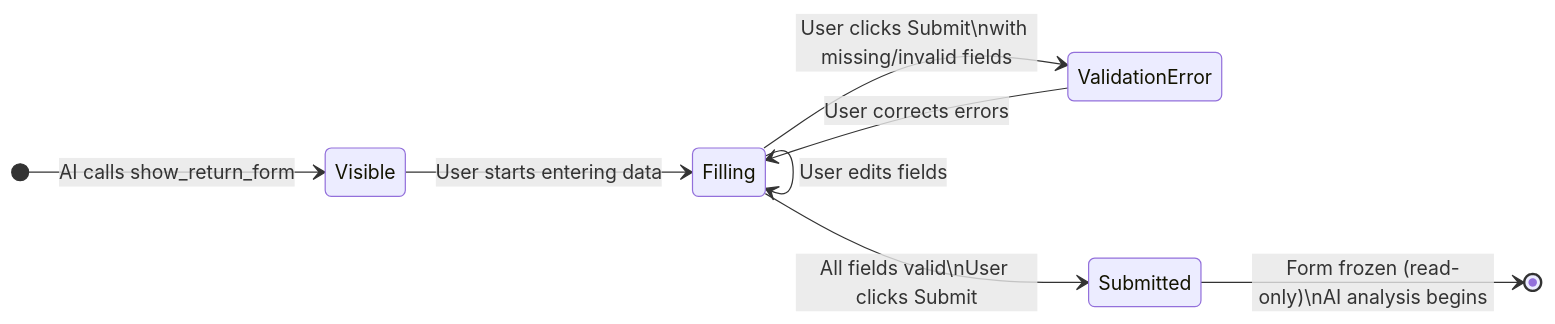
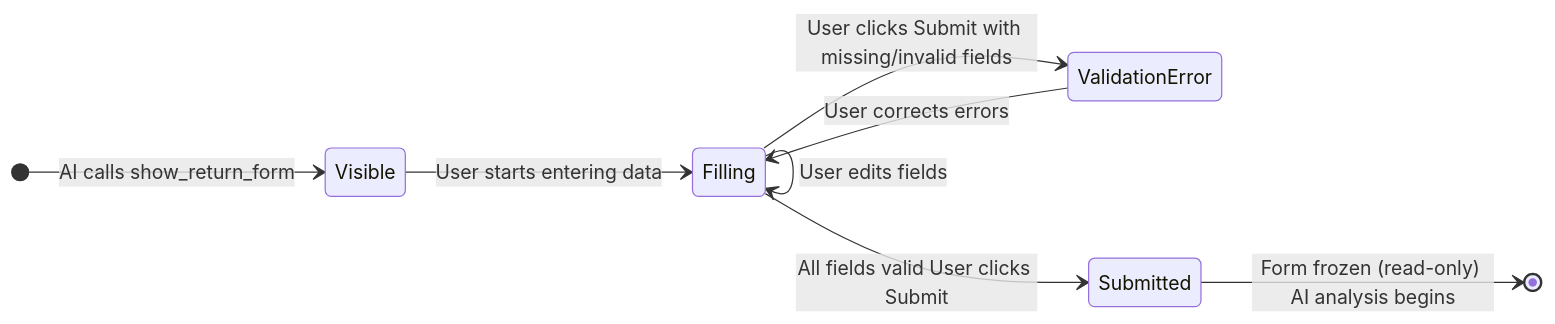
The third of 3 diagrams in docs/PRD-Sinsay-PoC.md (LucasMatuszewski/JSystems-SilkyCoders-1), drawn with Mermaid before and after one commit. The commit also changed other lines of this file, not shown here.

````diff
--- a/docs/PRD-Sinsay-PoC.md
+++ b/docs/PRD-Sinsay-PoC.md
@@ -116,16 +111,16 @@
 ```mermaid
 stateDiagram-v2
     direction LR
 
     [*] --> Visible : AI calls show_return_form
 
     Visible --> Filling : User starts entering data
     Filling --> Filling : User edits fields
 
-    Filling --> ValidationError : User clicks Submit\nwith missing/invalid fields
+    Filling --> ValidationError : User clicks Submit with missing/invalid fields
     ValidationError --> Filling : User corrects errors
 
-    Filling --> Submitted : All fields valid\nUser clicks Submit
+    Filling --> Submitted : All fields valid User clicks Submit
 
-    Submitted --> [*] : Form frozen (read-only)\nAI analysis begins
+    Submitted --> [*] : Form frozen (read-only) AI analysis begins
 ```
````
